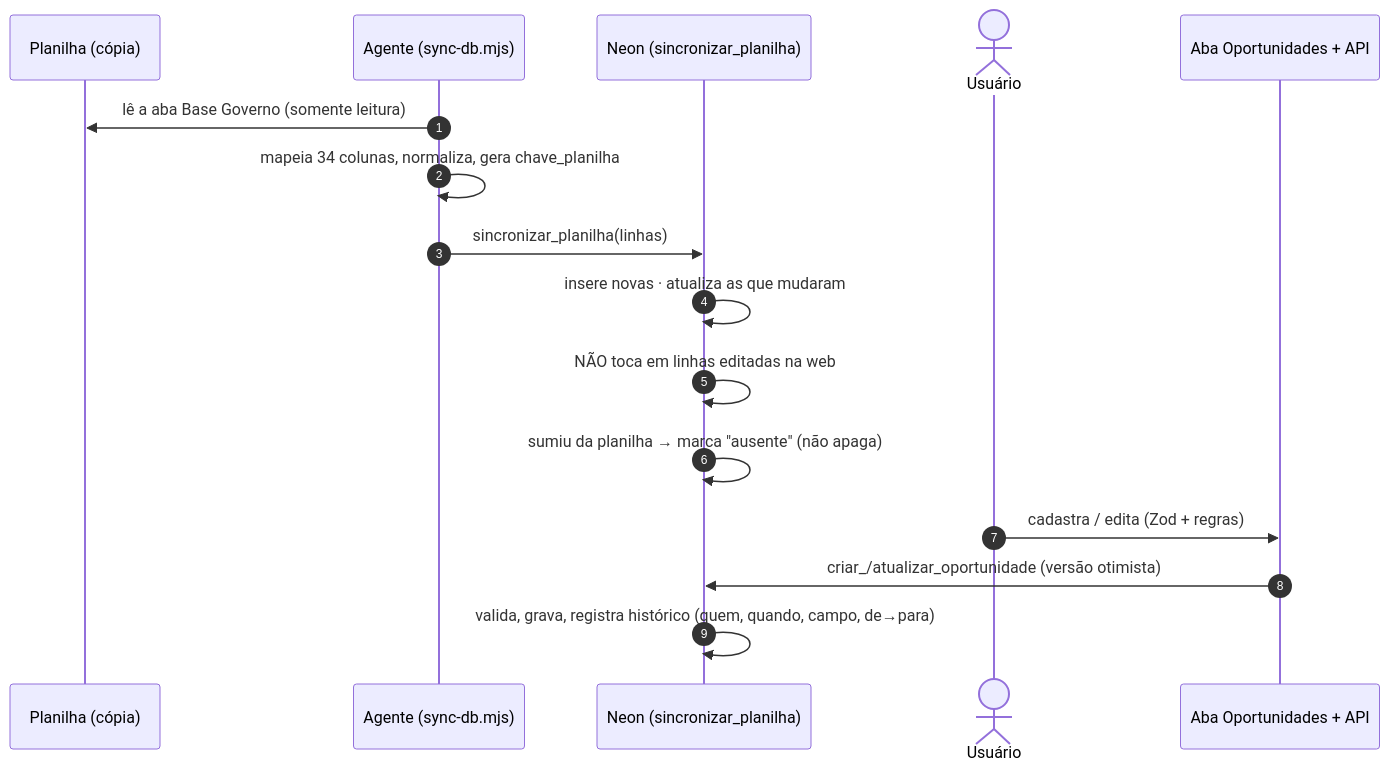
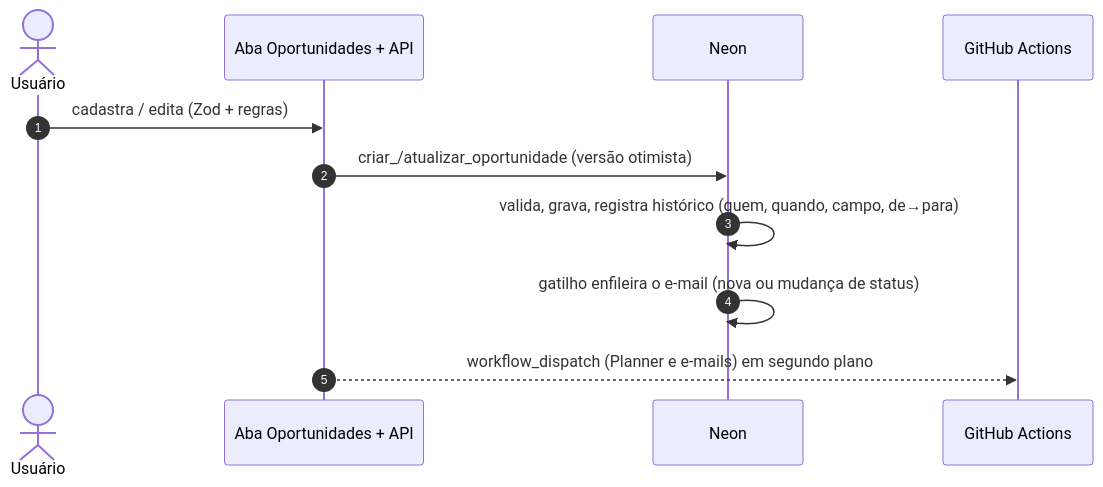
The second of 7 diagrams in docs/ARQUITETURA.md (agentanalisedegoverno-svg/dashboard-metrics-team), drawn with Mermaid before and after one commit. The commit also changed other lines of this file and 23 other files, not shown here.

Commit message:
docs: atualizar arquitetura, diagramas (D1 a D19, SVG) e documentos ao estado de 28/10/2026

````diff
--- a/docs/ARQUITETURA.md
+++ b/docs/ARQUITETURA.md
@@ -65,19 +61,14 @@
 ```mermaid
 sequenceDiagram
   autonumber
-  participant XLS as Planilha (cópia)
-  participant AG as Agente (sync-db.mjs)
-  participant DB as Neon (sincronizar_planilha)
   actor U as Usuário
   participant WEB as Aba Oportunidades + API
+  participant DB as Neon
+  participant GH as GitHub Actions
 
-  AG->>XLS: lê a aba Base Governo (somente leitura)
-  AG->>AG: mapeia 34 colunas, normaliza, gera chave_planilha
-  AG->>DB: sincronizar_planilha(linhas)
-  DB->>DB: insere novas · atualiza as que mudaram
-  DB->>DB: NÃO toca em linhas editadas na web
-  DB->>DB: sumiu da planilha → marca "ausente" (não apaga)
   U->>WEB: cadastra / edita (Zod + regras)
   WEB->>DB: criar_/atualizar_oportunidade (versão otimista)
   DB->>DB: valida, grava, registra histórico (quem, quando, campo, de→para)
+  DB->>DB: gatilho enfileira o e-mail (nova ou mudança de status)
+  WEB-->>GH: workflow_dispatch (Planner e e-mails) em segundo plano
 ```
````
